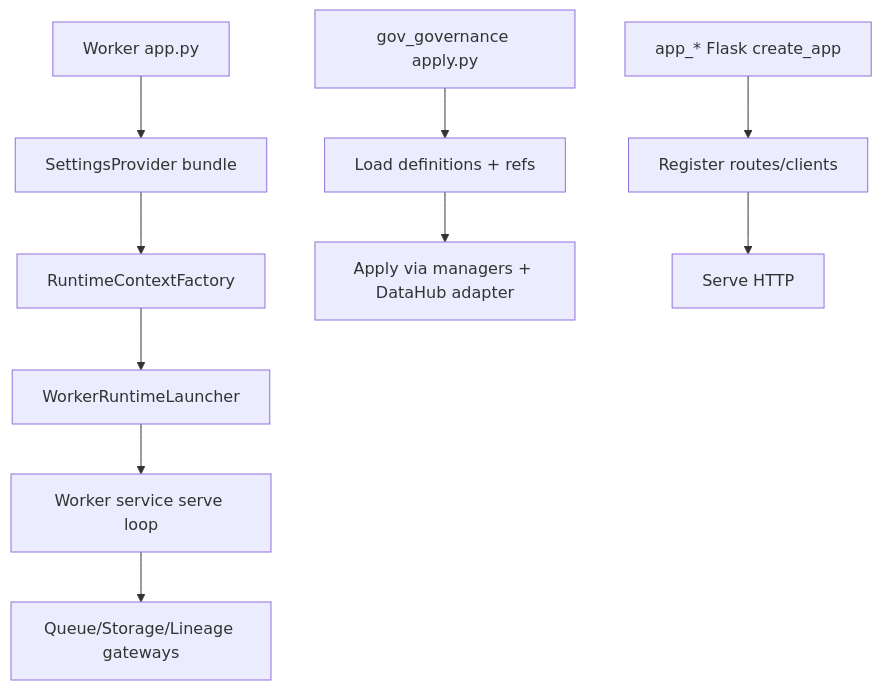
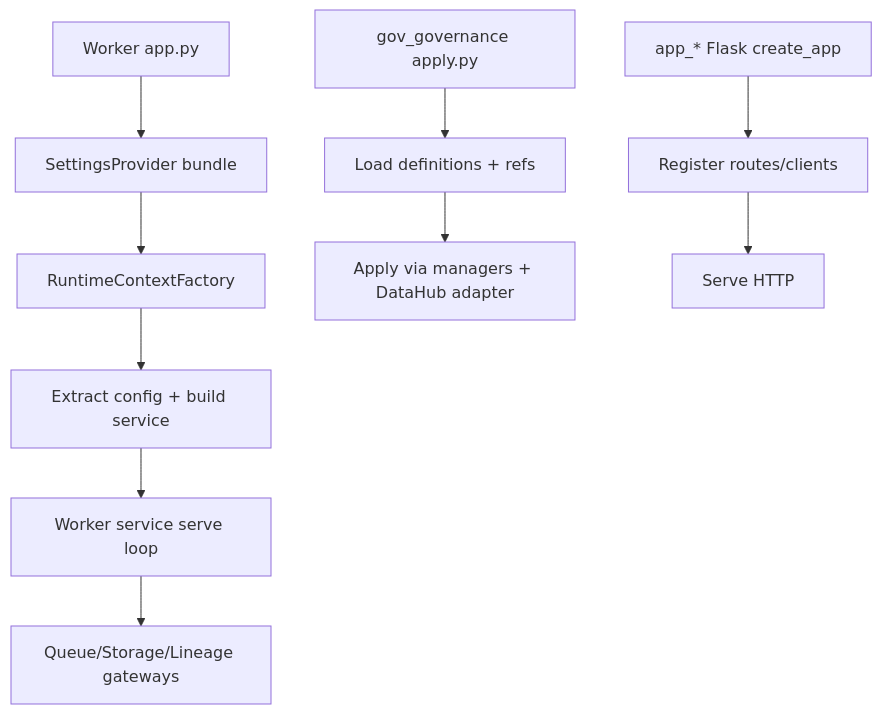
One commit to ElwesHonorato/governed-rag-foundation changed the second of 2 diagrams in domains/docs/ARCHITECTURE.md. Above: the diagram before and after it, drawn with Mermaid. The commit also changed other lines of this file and 179 other files, not shown here.

First line of the commit message:
Refactor/worker runtime alignment (#9)

````diff
--- a/domains/docs/ARCHITECTURE.md
+++ b/domains/docs/ARCHITECTURE.md
@@ -111,14 +111,14 @@
 ```mermaid
 flowchart TD
     A[Worker app.py] --> B[SettingsProvider bundle]
     B --> C[RuntimeContextFactory]
-    C --> D[WorkerRuntimeLauncher]
+    C --> D[Extract config + build service]
     D --> E[Worker service serve loop]
     E --> F[Queue/Storage/Lineage gateways]
 
     G[gov_governance apply.py] --> H[Load definitions + refs]
     H --> I[Apply via managers + DataHub adapter]
 
     J[app_* Flask create_app] --> K[Register routes/clients]
     K --> L[Serve HTTP]
 ```
````
